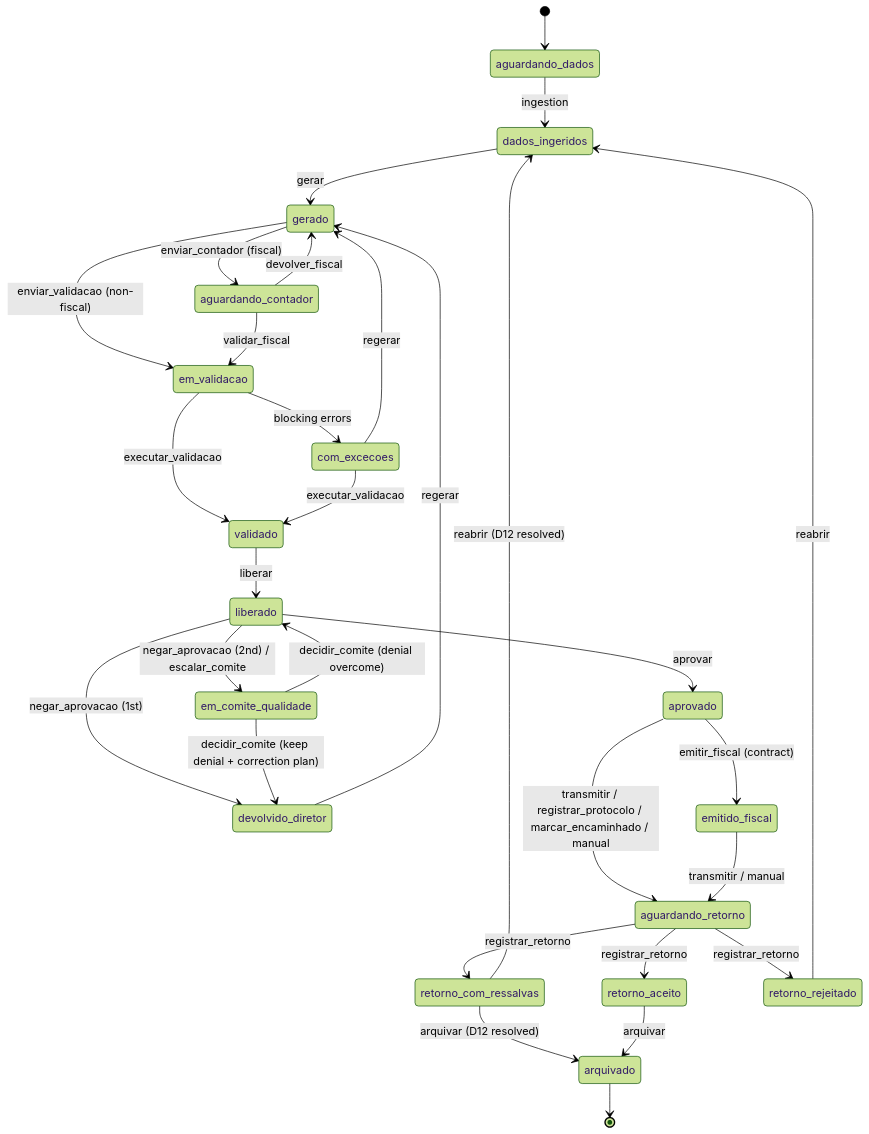
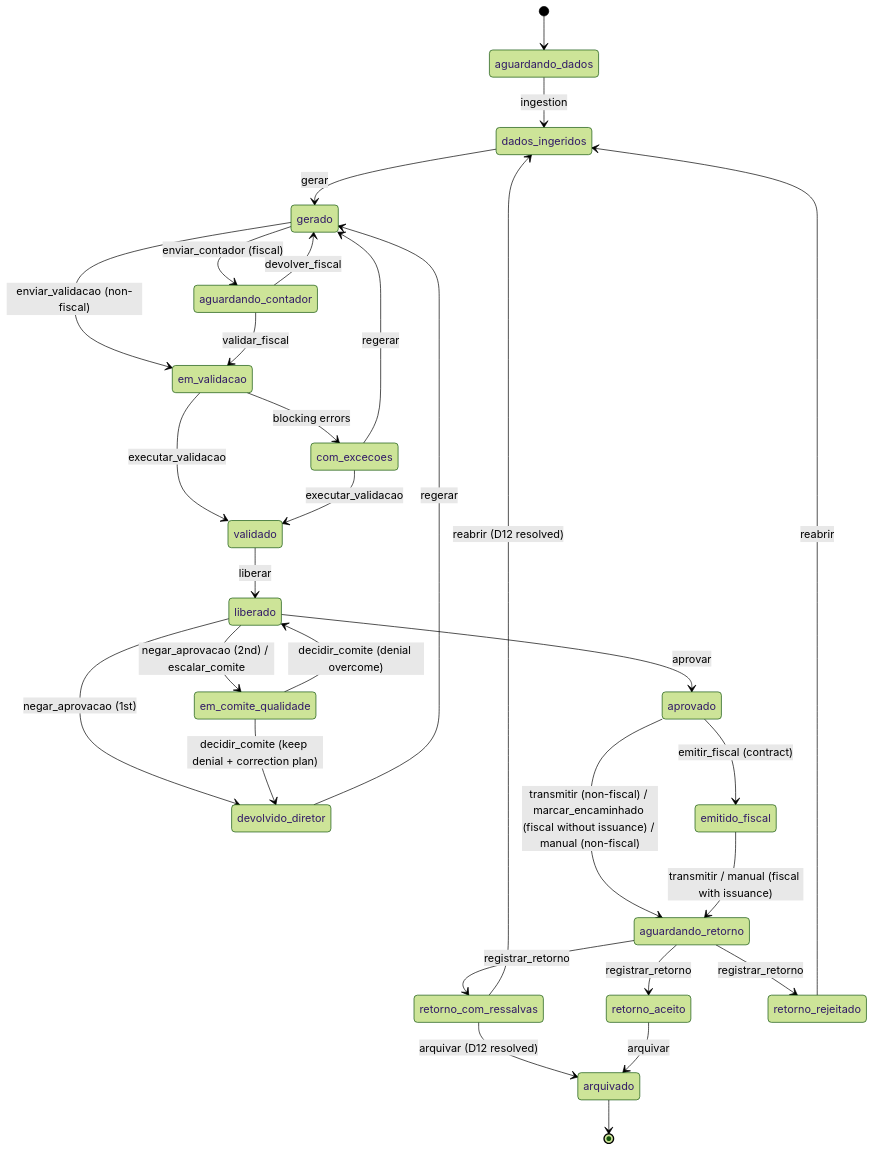
Before and after one commit to manucadev81/videnas-app: the diagram in docs/backlog-front-approval-flow.md, drawn with Mermaid (forest theme). The commit also changed other lines of this file and 41 other files, not shown here.

First line of the commit message:
feat: approval flow R4 - contract-gated issuance and transmission, manual protocol fallback

````diff
--- a/docs/backlog-front-approval-flow.md
+++ b/docs/backlog-front-approval-flow.md
@@ -145,32 +148,32 @@
 ```mermaid
 stateDiagram-v2
     [*] --> aguardando_dados
     aguardando_dados --> dados_ingeridos: ingestion
     dados_ingeridos --> gerado: gerar
     gerado --> em_validacao: enviar_validacao (non-fiscal)
     gerado --> aguardando_contador: enviar_contador (fiscal)
     aguardando_contador --> em_validacao: validar_fiscal
     aguardando_contador --> gerado: devolver_fiscal
     em_validacao --> validado: executar_validacao
     em_validacao --> com_excecoes: blocking errors
     com_excecoes --> validado: executar_validacao
     com_excecoes --> gerado: regerar
     validado --> liberado: liberar
     liberado --> aprovado: aprovar
     liberado --> devolvido_diretor: negar_aprovacao (1st)
     liberado --> em_comite_qualidade: negar_aprovacao (2nd) / escalar_comite
     devolvido_diretor --> gerado: regerar
     em_comite_qualidade --> devolvido_diretor: decidir_comite (keep denial + correction plan)
     em_comite_qualidade --> liberado: decidir_comite (denial overcome)
     aprovado --> emitido_fiscal: emitir_fiscal (contract)
-    aprovado --> aguardando_retorno: transmitir / registrar_protocolo / marcar_encaminhado / manual
-    emitido_fiscal --> aguardando_retorno: transmitir / manual
+    aprovado --> aguardando_retorno: transmitir (non-fiscal) / marcar_encaminhado (fiscal without issuance) / manual (non-fiscal)
+    emitido_fiscal --> aguardando_retorno: transmitir / manual (fiscal with issuance)
     aguardando_retorno --> retorno_aceito: registrar_retorno
     aguardando_retorno --> retorno_com_ressalvas: registrar_retorno
     aguardando_retorno --> retorno_rejeitado: registrar_retorno
     retorno_rejeitado --> dados_ingeridos: reabrir
     retorno_com_ressalvas --> dados_ingeridos: reabrir (D12 resolved)
     retorno_com_ressalvas --> arquivado: arquivar (D12 resolved)
     retorno_aceito --> arquivado: arquivar
     arquivado --> [*]
 ```
````
